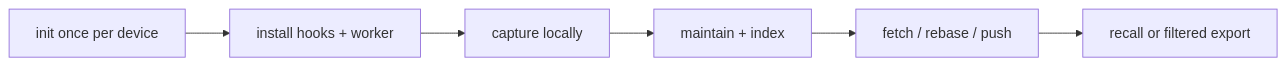
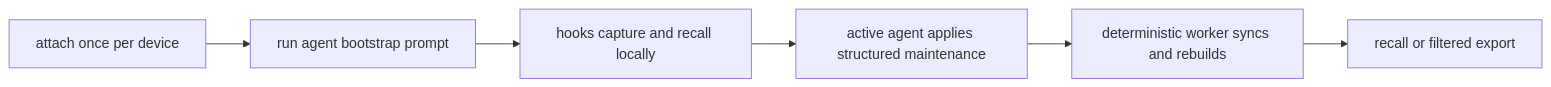
One commit to deweyou/harness changed the diagram in docs/context-hub-operations.md. Above: the diagram before and after it, drawn with Mermaid. The commit also changed other lines of this file and 30 other files, not shown here.

Commit message:
feat(brain): finalize agent-lifecycle hooks and apply flow

````diff
--- a/docs/context-hub-operations.md
+++ b/docs/context-hub-operations.md
@@ -3,8 +3,8 @@
 ```mermaid
 flowchart LR
-  A["init once per device"] --> B["install hooks + worker"]
-  B --> C["capture locally"]
-  C --> D["maintain + index"]
-  D --> E["fetch / rebase / push"]
+  A["attach once per device"] --> B["run agent bootstrap prompt"]
+  B --> C["hooks capture and recall locally"]
+  C --> D["active agent applies structured maintenance"]
+  D --> E["deterministic worker syncs and rebuilds"]
   E --> F["recall or filtered export"]
 ```
````
